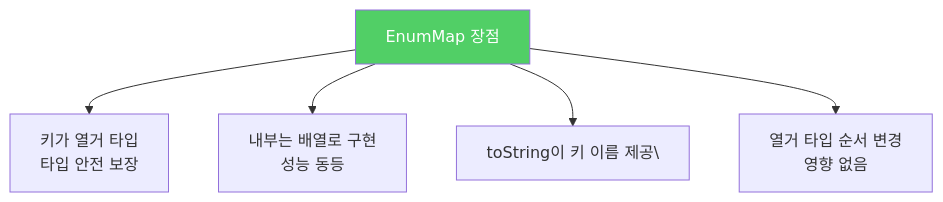
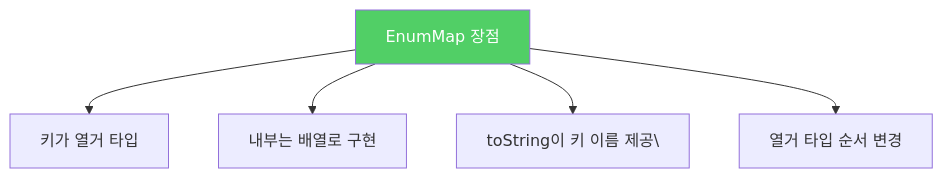
One commit to yjkim2015/yjkim2015.github.io changed the first of 2 diagrams in _posts/java/2022-01-14-effective-java37.md. Above: the diagram before and after it, drawn with Mermaid. The commit also changed other lines of this file and 217 other files, not shown here.

First line of the commit message:
Mermaid 크기 수정: useMaxWidth:true + SVG max-width:100% + 라벨 축소

````diff
--- a/_posts/java/2022-01-14-effective-java37.md
+++ b/_posts/java/2022-01-14-effective-java37.md
@@ -77,8 +77,8 @@
 ```mermaid
 graph TD
-    A["EnumMap 장점"] --> B["키가 열거 타입\n타입 안전 보장"]
-    A --> C["내부는 배열로 구현\n성능 동등"]
+    A["EnumMap 장점"] --> B["키가 열거 타입"]
+    A --> C["내부는 배열로 구현"]
     A --> D["toString이 키 이름 제공\"]
-    A --> E["열거 타입 순서 변경\n영향 없음"]
+    A --> E["열거 타입 순서 변경"]
     style A fill:#51cf66,color:#fff
 ```
````
